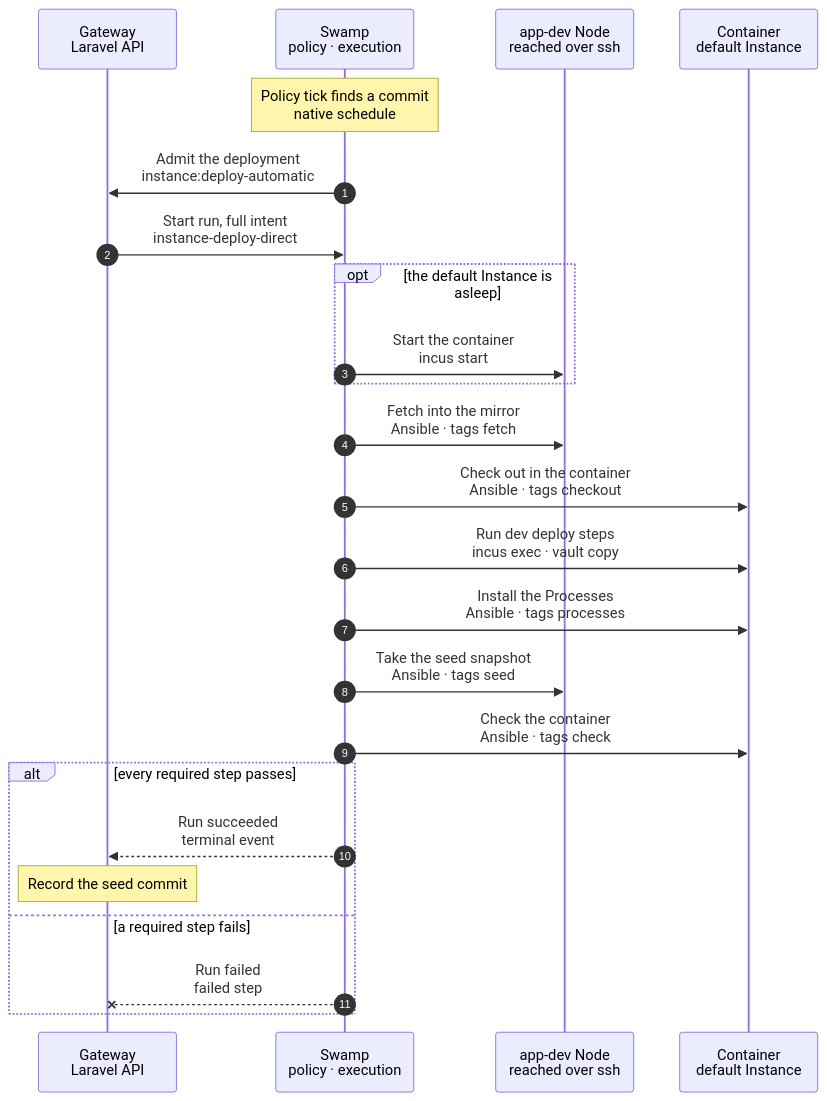
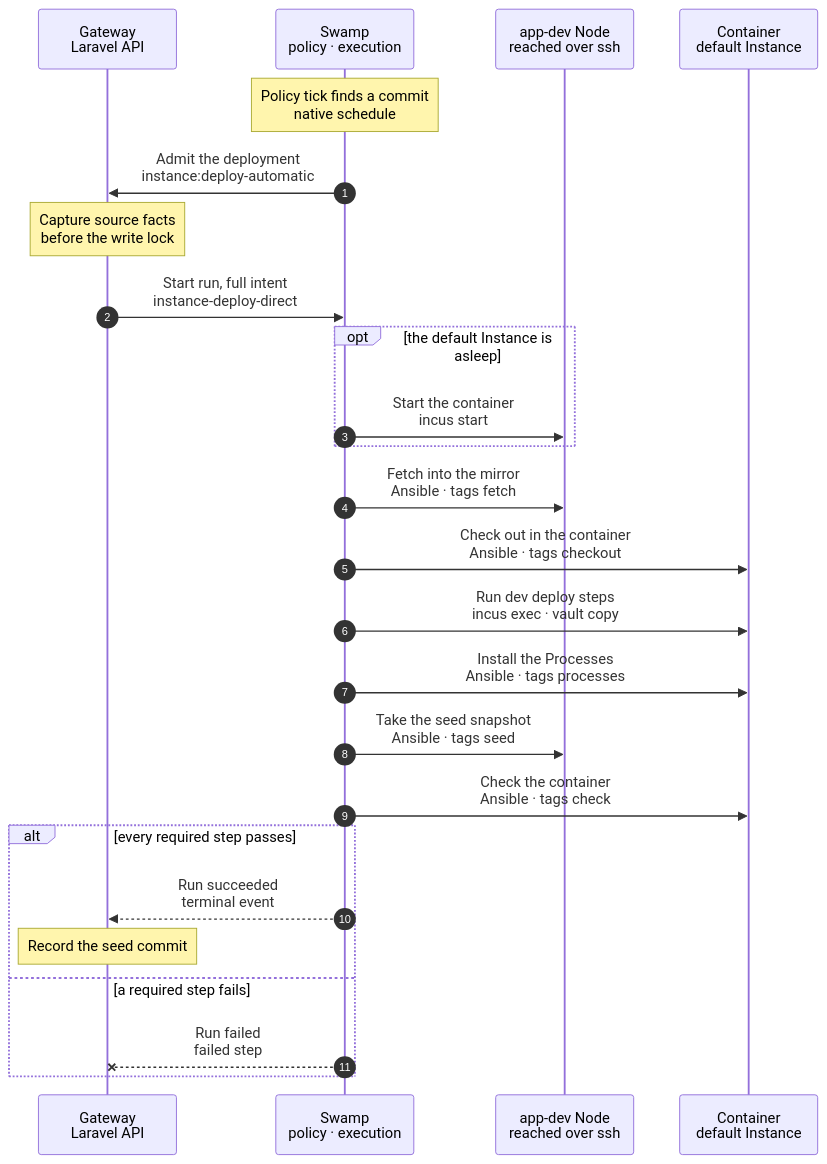
One commit to hardimpactdev/orbit changed the diagram in docs/cli/instance/container/deploy-default.mmd. Above: the diagram before and after it, drawn with Mermaid. The commit also changed 14 other files, not shown here.

First line of the commit message:
feat(instances): refresh source facts on a container default deploy (F32) (#3338)

```diff
--- a/docs/cli/instance/container/deploy-default.mmd
+++ b/docs/cli/instance/container/deploy-default.mmd
@@ -1,56 +1,60 @@
 sequenceDiagram
   %% Target design, container runtime (ADR 0250 step 3, docs/reference/development-containers.md#the-default-instance): the automatic development deployment of docs/reference/deployments.md, in the default Instance's container. Swamp's policy finds the commit, as it does today; the Gateway admits the deployment and records its result. When the charts move into place, this becomes the development branch of the deploy chart.
   %% status: draft
   %% command: none · automatic deployment policy
   %% kind: instance.deploy
   autonumber
   %% lane GW icon=gateway pill=intent tone=blue
   %% lane SW icon=workflow pill=executes tone=green
   %% lane N icon=server pill=target tone=amber
   %% lane C icon=server pill=target tone=purple
   participant GW as Gateway<br/>Laravel API
   participant SW as Swamp<br/>policy · execution
   participant N as app-dev Node<br/>reached over ssh
   participant C as Container<br/>default Instance
   Note over SW: Policy tick finds a commit<br/>native schedule
   %%> What it does:
   %%> - Swamp's automatic deployment policy reads the default branch head and the checks, as it does today; it owns discovery, backoff and the retry limit
   SW->>GW: Admit the deployment<br/>instance:deploy-automatic
   %%> What it does:
   %%> - the Gateway admits `instance.deploy` for that exact commit, with the Instance lock and a repository read token in the vault
+  Note over GW: Capture source facts<br/>before the write lock
+  %%> What it does:
+  %%> - reads before the write transaction; admission rechecks eligibility, source configuration and idempotency before recording facts; see /reference/deployments#container-source-facts
+  %%> - refuses admission when capture or source classification fails
   GW->>SW: Start run, full intent<br/>instance-deploy-direct
   opt the default Instance is asleep
     SW->>N: Start the container<br/>incus start
   end
   SW->>N: Fetch into the mirror<br/>Ansible · tags fetch
   %%> What it does:
   %%> - fetches into the Node's mirror and pushes the branch into the container as a bundle; the token never enters the container
   %%> - a pinned commit off the branch's first-parent chain refuses `deployment.commit_not_on_branch`
   SW->>C: Check out in the container<br/>Ansible · tags checkout
   %%> What it does:
   %%> - the same checks as a checkout default: a dirty tree refuses `deployment.checkout_dirty`, a diverged branch `deployment.branch_diverged`
   SW->>C: Run dev deploy steps<br/>incus exec · vault copy
   %%> What it does:
   %%> - the Project's development deploy steps, as `orbit`: they install changed dependencies and migrate
   SW->>C: Install the Processes<br/>Ansible · tags processes
   %%> What it does:
   %%> - installs the Project's new and changed development Process definitions as `orbit-*` units, with their environment files from the vault
   %%> - restarts a changed unit and removes a former environment file
   SW->>N: Take the seed snapshot<br/>Ansible · tags seed
   %%> What it does:
   %%> - stops the default's Processes for a moment, snapshots the container and starts them again, so clones copy no half-written file
   %%> - deletes older seed snapshots that no clone uses
   %%> - starting the units again restarts every running Process on the new commit, such as a queue worker
   SW->>C: Check the container<br/>Ansible · tags check
   %%> What it does:
   %%> - the branch is checked out at the commit and the units are active, else `deployment.branch_changed` or `deployment.processes_inactive`
   alt every required step passes
     SW-->>GW: Run succeeded<br/>terminal event
     Note over GW: Record the seed commit
     %%> Result:
     %%> - new clones start at this snapshot; existing clones do not change
   else a required step fails
     SW--xGW: Run failed<br/>failed step
     %%> Result:
     %%> - no new seed snapshot is taken, so clones keep starting at the last commit that deployed; Swamp's policy retries after its backoff
   end
```
